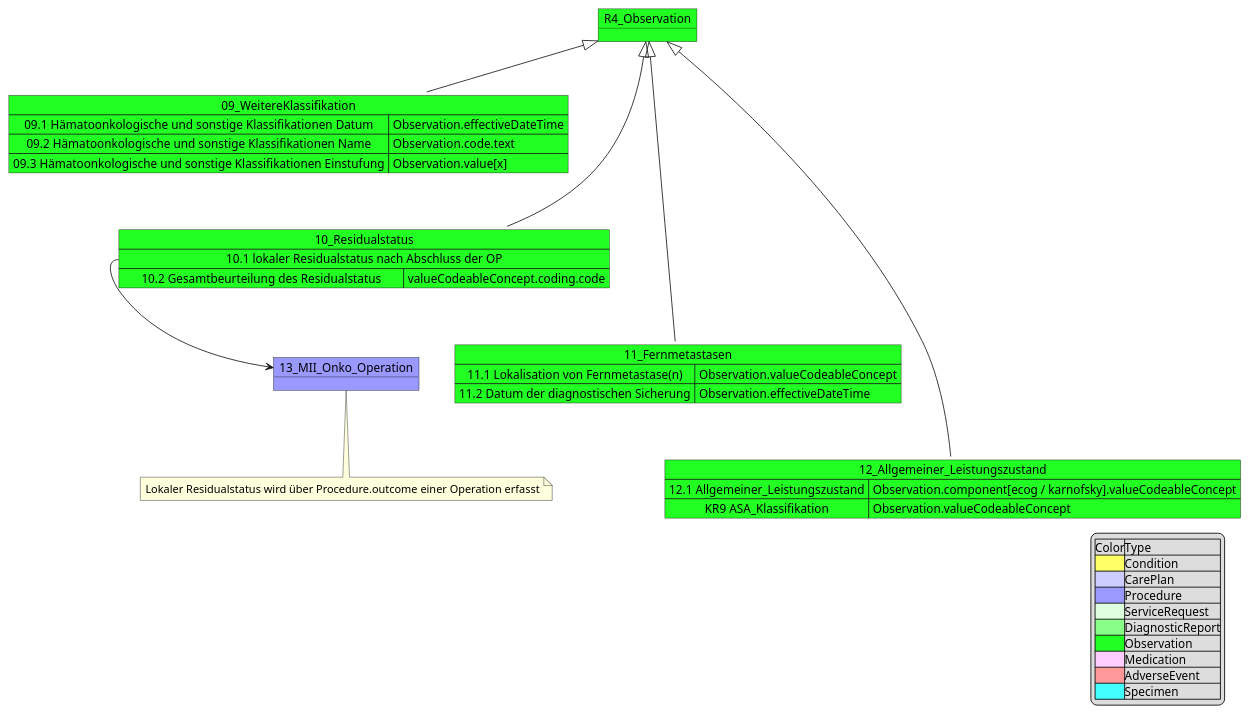
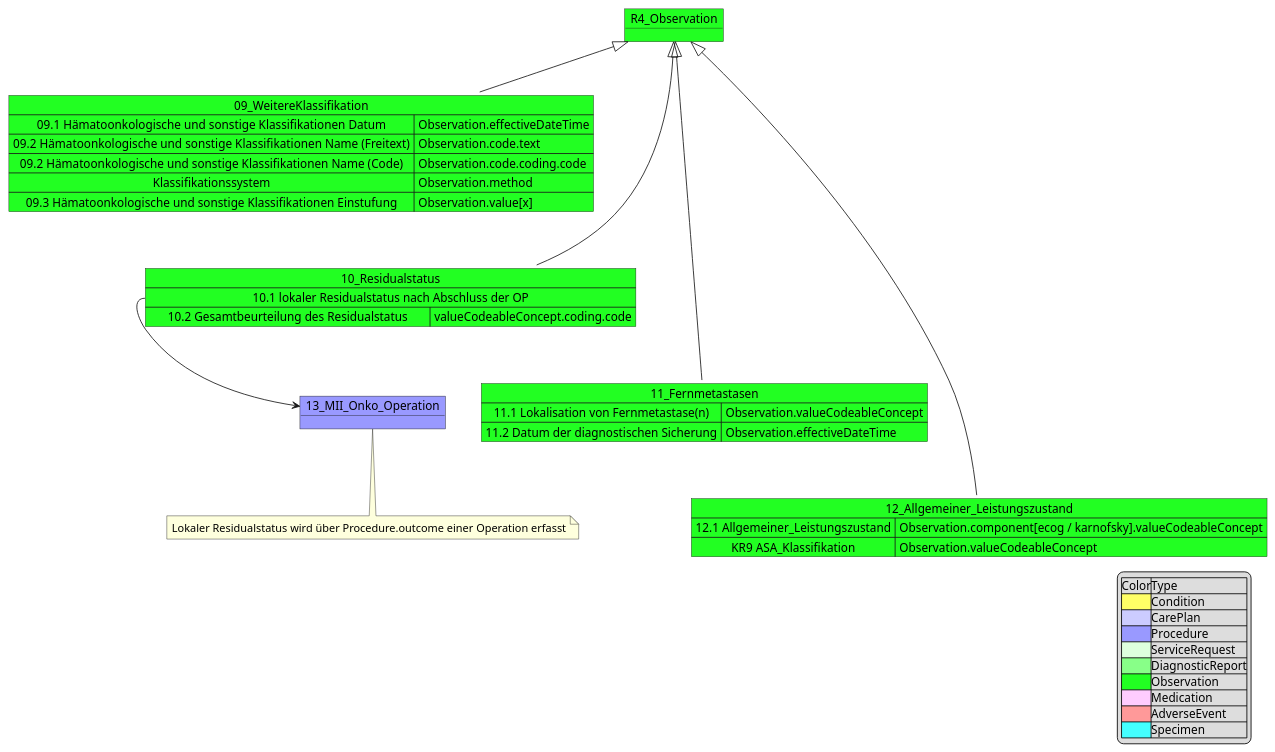
One commit to medizininformatik-initiative/kerndatensatzmodul-onkologie changed the diagram in input/images-source/MII_Onko_9-12_Observations.pu. Above: the diagram before and after it, drawn with PlantUML. The commit also changed 28 other files, not shown here.

```diff
--- a/input/images-source/MII_Onko_9-12_Observations.pu
+++ b/input/images-source/MII_Onko_9-12_Observations.pu
@@ -1,51 +1,53 @@
 @startuml MII_Onko_9-12_Observations
 object R4_Observation #22FF22
 Map 09_WeitereKlassifikation #22FF22 {
  09.1 Hämatoonkologische und sonstige Klassifikationen Datum => Observation.effectiveDateTime
- 09.2 Hämatoonkologische und sonstige Klassifikationen Name => Observation.code.text
+ 09.2 Hämatoonkologische und sonstige Klassifikationen Name (Freitext) => Observation.code.text
+ 09.2 Hämatoonkologische und sonstige Klassifikationen Name (Code) => Observation.code.coding.code
+ Klassifikationssystem => Observation.method
  09.3 Hämatoonkologische und sonstige Klassifikationen Einstufung => Observation.value[x]
 } 
 R4_Observation <|-down- 09_WeitereKlassifikation
 
 object 13_MII_Onko_Operation #9999FF
 note bottom 
     Lokaler Residualstatus wird über Procedure.outcome einer Operation erfasst
 end note
 
 Map 10_Residualstatus #22FF22{
     10.1 lokaler Residualstatus nach Abschluss der OP *--> 13_MII_Onko_Operation
     10.2 Gesamtbeurteilung des Residualstatus => valueCodeableConcept.coding.code  
 }
 
 R4_Observation <|-down-- 10_Residualstatus
 
 Map 11_Fernmetastasen #22FF22{
     11.1 Lokalisation von Fernmetastase(n)  => Observation.valueCodeableConcept
     11.2 Datum der diagnostischen Sicherung => Observation.effectiveDateTime
  
 }
 R4_Observation <|-down--- 11_Fernmetastasen
 
 
 Map 12_Allgemeiner_Leistungszustand #22FF22{
     12.1 Allgemeiner_Leistungszustand => Observation.component[ecog / karnofsky].valueCodeableConcept
     KR9 ASA_Klassifikation => Observation.valueCodeableConcept
 
 }
 R4_Observation <|-down---- 12_Allgemeiner_Leistungszustand
 
 legend right 
 |Color|Type|
 |<#FFFF66>|Condition|
 |<#CCCCFF>|CarePlan|
 |<#9999FF>|Procedure|
 |<#DDFFDD>|ServiceRequest|
 |<#88FF88>|DiagnosticReport|
 |<#22FF22>|Observation|
 |<#FFCCFF>|Medication|
 |<#FF9999>|AdverseEvent|
 |<#44FFFF>|Specimen|
 endlegend
 
 
 @enduml
```
